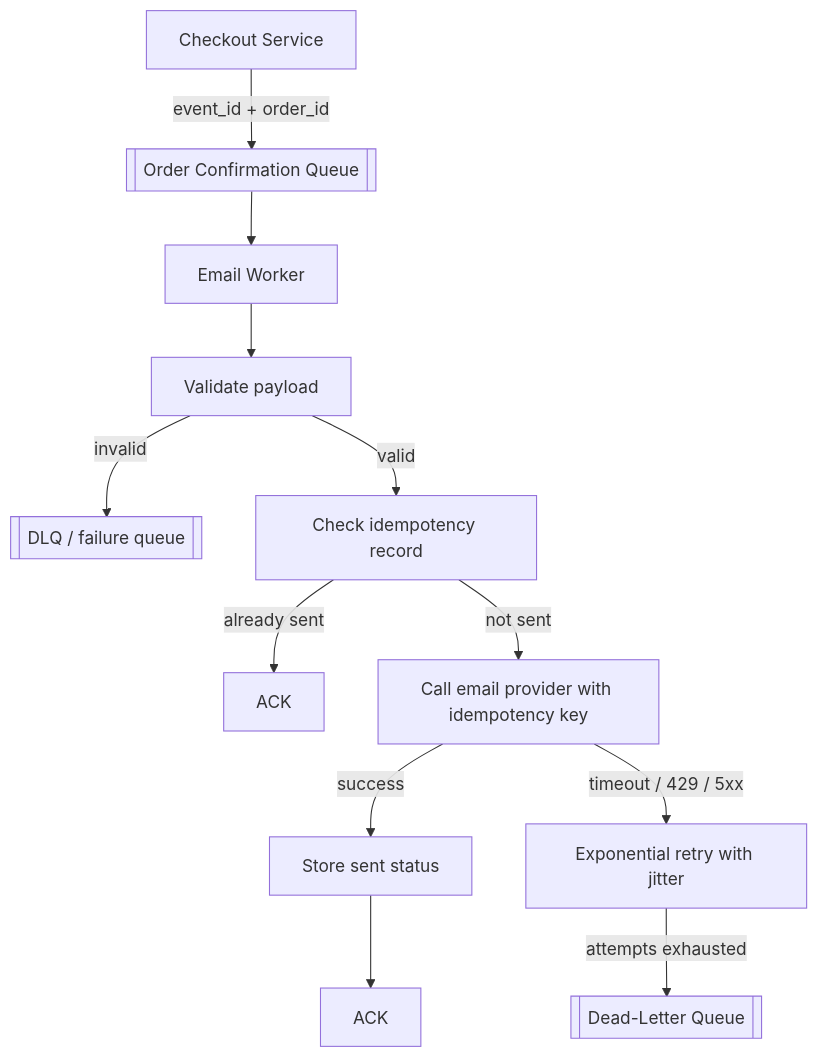
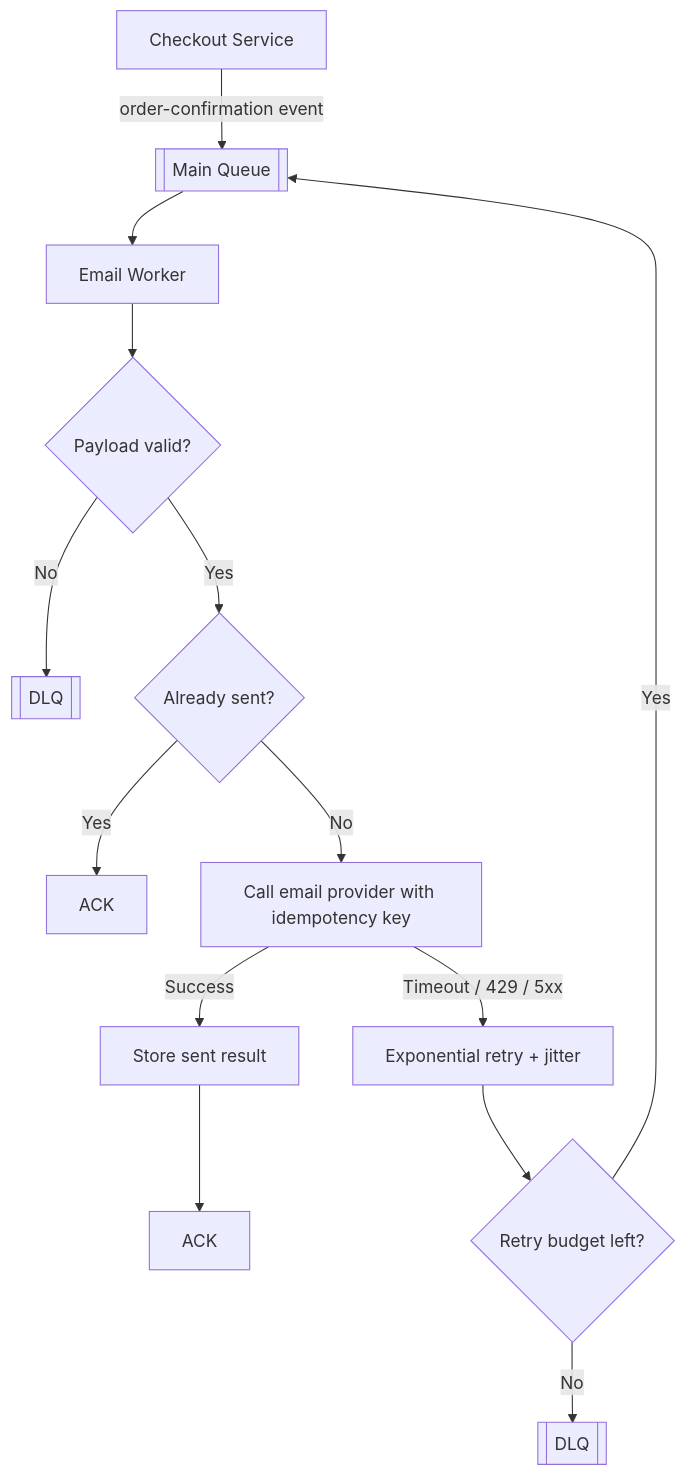
One commit to AvadhBhalodiya/Interview-Preparation changed the seventh of 7 diagrams in src/content/task-processing/retries-dead-letter-queues.md. Above: the diagram before and after it, drawn with Mermaid. The commit also changed other lines of this file and 80 other files, not shown here.

````diff
--- a/src/content/task-processing/retries-dead-letter-queues.md
+++ b/src/content/task-processing/retries-dead-letter-queues.md
@@ -1384,14 +626,20 @@
 ```mermaid
 flowchart TD
-    CS[Checkout Service] -->|event_id + order_id| Q[[Order Confirmation Queue]]
+    A[Checkout Service] -->|order-confirmation event| Q[[Main Queue]]
     Q --> W[Email Worker]
-    W --> V[Validate payload]
-    V -->|invalid| DLQ1[["DLQ / failure queue"]]
-    V -->|valid| IC[Check idempotency record]
-    IC -->|already sent| ACK1[ACK]
-    IC -->|not sent| CALL[Call email provider with idempotency key]
-    CALL -->|success| ST[Store sent status]
-    ST --> ACK2[ACK]
-    CALL -->|"timeout / 429 / 5xx"| RT[Exponential retry with jitter]
-    RT -->|attempts exhausted| DLQ2[[Dead-Letter Queue]]
+
+    W --> V{Payload valid?}
+    V -->|No| D1[[DLQ]]
+    V -->|Yes| I{Already sent?}
+
+    I -->|Yes| ACK1[ACK]
+    I -->|No| P[Call email provider with idempotency key]
+
+    P -->|Success| S[Store sent result]
+    S --> ACK2[ACK]
+
+    P -->|Timeout / 429 / 5xx| R[Exponential retry + jitter]
+    R --> X{Retry budget left?}
+    X -->|Yes| Q
+    X -->|No| D2[[DLQ]]
 ```
````
